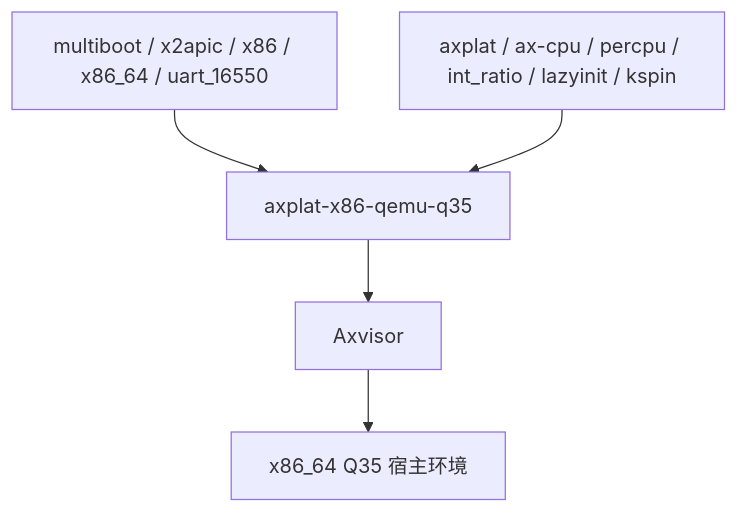
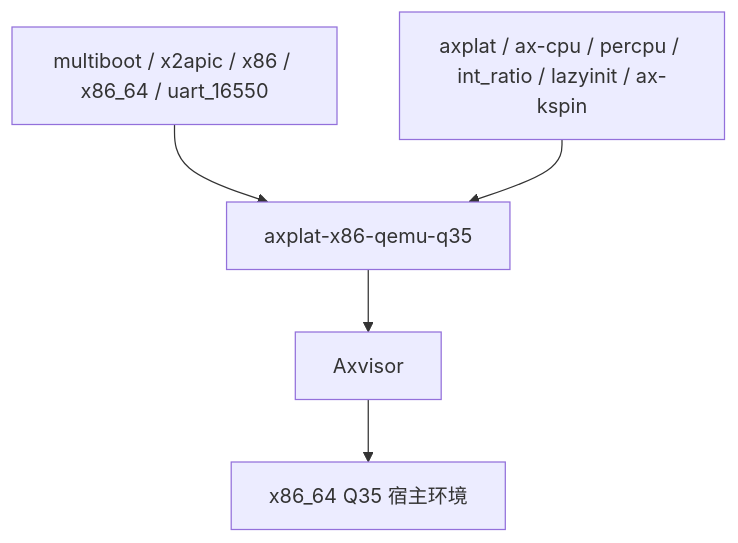
The second of 2 diagrams in docs/crates/axplat-x86-qemu-q35.md (zKurisu/tgoskits), drawn with Mermaid before and after one commit. The commit also changed other lines of this file and 101 other files, not shown here.

````diff
--- a/docs/crates/axplat-x86-qemu-q35.md
+++ b/docs/crates/axplat-x86-qemu-q35.md
@@ -177,7 +177,7 @@
 ```mermaid
 graph TD
     A[multiboot / x2apic / x86 / x86_64 / uart_16550] --> B[axplat-x86-qemu-q35]
-    C[axplat / ax-cpu / percpu / int_ratio / lazyinit / kspin] --> B
+    C[axplat / ax-cpu / percpu / int_ratio / lazyinit / ax-kspin] --> B
     B --> D[Axvisor]
     D --> E[x86_64 Q35 宿主环境]
 ```
````
